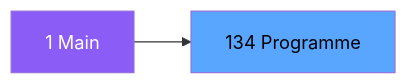
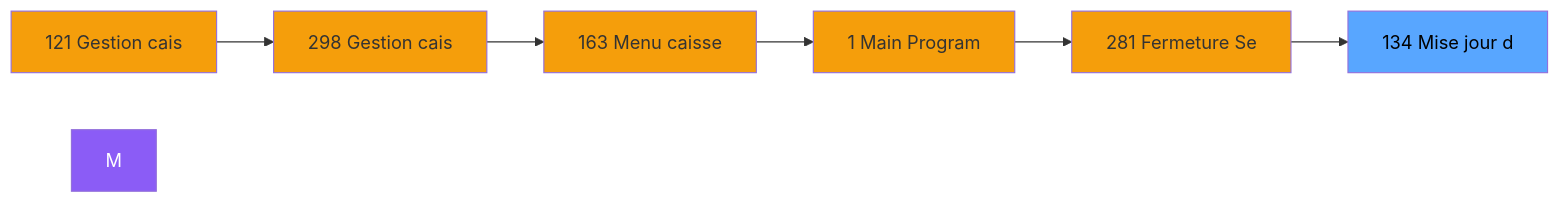
One commit to thonyAGP/magic-migration changed the second of 3 diagrams in .openspec/specs/ADH-IDE-134.md. Above: the diagram before and after it, drawn with Mermaid. The commit also changed other lines of this file and 323 other files, not shown here.

````diff
--- a/.openspec/specs/ADH-IDE-134.md
+++ b/.openspec/specs/ADH-IDE-134.md
@@ -107,8 +133,21 @@
 ```mermaid
 graph LR
-    M[1 Main]
-    T[134 Programme]
-    M --> T
+    N121[121 Gestion cais]
+    N298[298 Gestion cais]
+    N163[163 Menu caisse ]
+    N1[1 Main Program]
+    N281[281 Fermeture Se]
+    T[134 Mise  jour d]
+    N121 --> N298
+    N298 --> N163
+    N163 --> N1
+    N1 --> N281
+    N281 --> T
     style M fill:#8b5cf6,color:#fff
+    style N121 fill:#f59e0b
+    style N298 fill:#f59e0b
+    style N163 fill:#f59e0b
+    style N1 fill:#f59e0b
+    style N281 fill:#f59e0b
     style T fill:#58a6ff,color:#000
 ```
````
